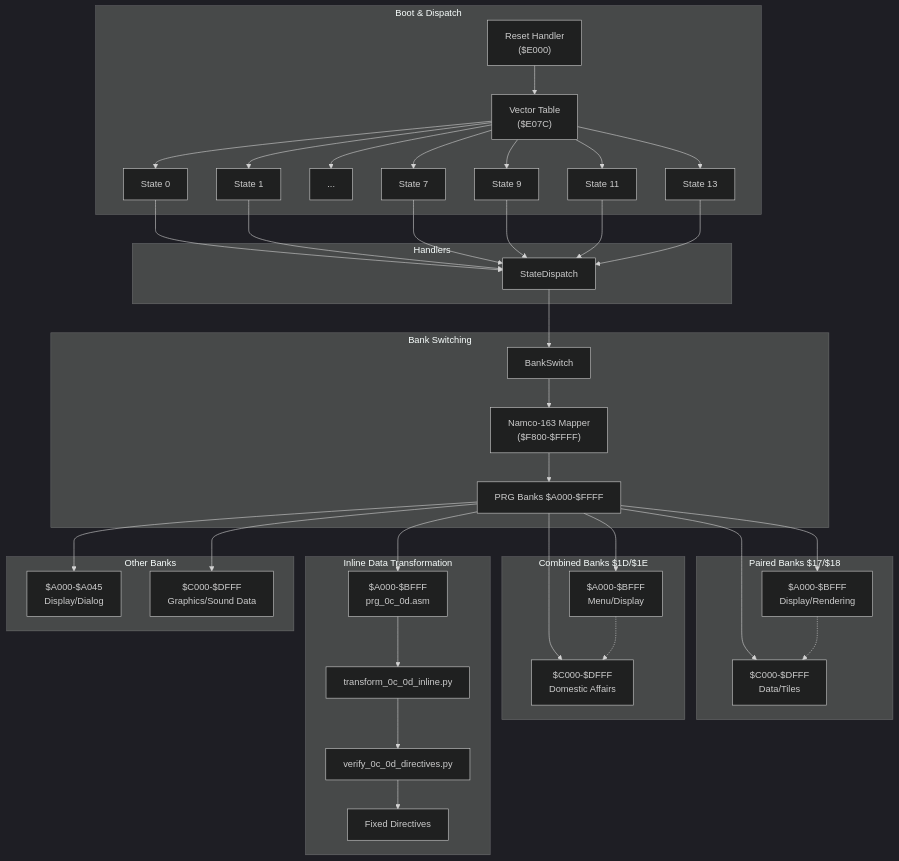
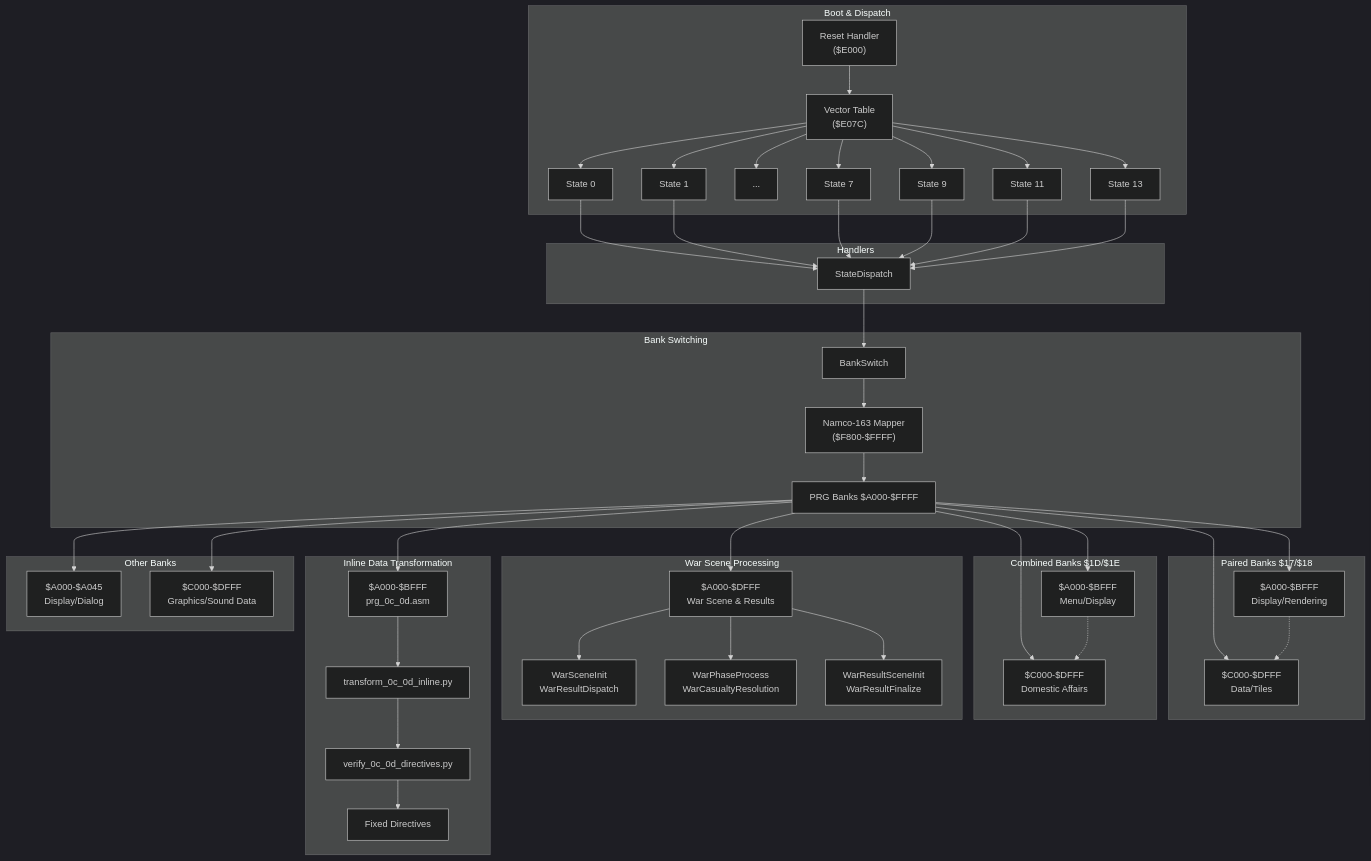
One commit to rabbyzero/sango2dasm changed the second of 9 diagrams in .qoder/repowiki/en/content/Disassembly Workflow/Disassembly Workflow.md. Above: the diagram before and after it, drawn with Mermaid (dark theme). The commit also changed other lines of this file and 11 other files, not shown here.

````diff
--- a/.qoder/repowiki/en/content/Disassembly Workflow/Disassembly Workflow.md
+++ b/.qoder/repowiki/en/content/Disassembly Workflow/Disassembly Workflow.md
@@ -230,46 +238,52 @@
 ```mermaid
 graph TB
 subgraph "Boot & Dispatch"
 R["Reset Handler<br/>($E000)"] --> VT["Vector Table<br/>($E07C)"]
 VT --> S0["State 0"]
 VT --> S1["State 1"]
 VT --> S2["..."]
 VT --> S7["State 7"]
 VT --> S9["State 9"]
 VT --> S11["State 11"]
 VT --> S13["State 13"]
 end
 subgraph "Handlers"
 S0 --> SD["StateDispatch"]
 S1 --> SD
 S7 --> SD
 S9 --> SD
 S11 --> SD
 S13 --> SD
 end
 subgraph "Bank Switching"
 SD --> BS["BankSwitch"]
 BS --> MAP["Namco-163 Mapper<br/>($F800-$FFFF)"]
 MAP --> PRG["PRG Banks $A000-$FFFF"]
 end
 subgraph "Paired Banks $17/$18"
 PRG --> B17["$A000-$BFFF<br/>Display/Rendering"]
 PRG --> B18["$C000-$DFFF<br/>Data/Tiles"]
 B17 -.-> B18
 end
 subgraph "Combined Banks $1D/$1E"
 PRG --> B1D["$A000-$BFFF<br/>Menu/Display"]
 PRG --> B1E["$C000-$DFFF<br/>Domestic Affairs"]
 B1D -.-> B1E
 end
+subgraph "War Scene Processing"
+PRG --> WAR["$A000-$DFFF<br/>War Scene & Results"]
+WAR --> WARSCENE["WarSceneInit<br/>WarResultDispatch"]
+WAR --> WARPHASE["WarPhaseProcess<br/>WarCasualtyResolution"]
+WAR --> WARRESULT["WarResultSceneInit<br/>WarResultFinalize"]
+end
 subgraph "Inline Data Transformation"
 PRG --> B0C0D["$A000-$BFFF<br/>prg_0c_0d.asm"]
 B0C0D --> TRANS["transform_0c_0d_inline.py"]
 TRANS --> VERIFY["verify_0c_0d_directives.py"]
 VERIFY --> FIXED["Fixed Directives"]
 end
 subgraph "Other Banks"
 PRG --> B0["$A000-$A045<br/>Display/Dialog"]
 PRG --> B1["$C000-$DFFF<br/>Graphics/Sound Data"]
 end
 ```
````
